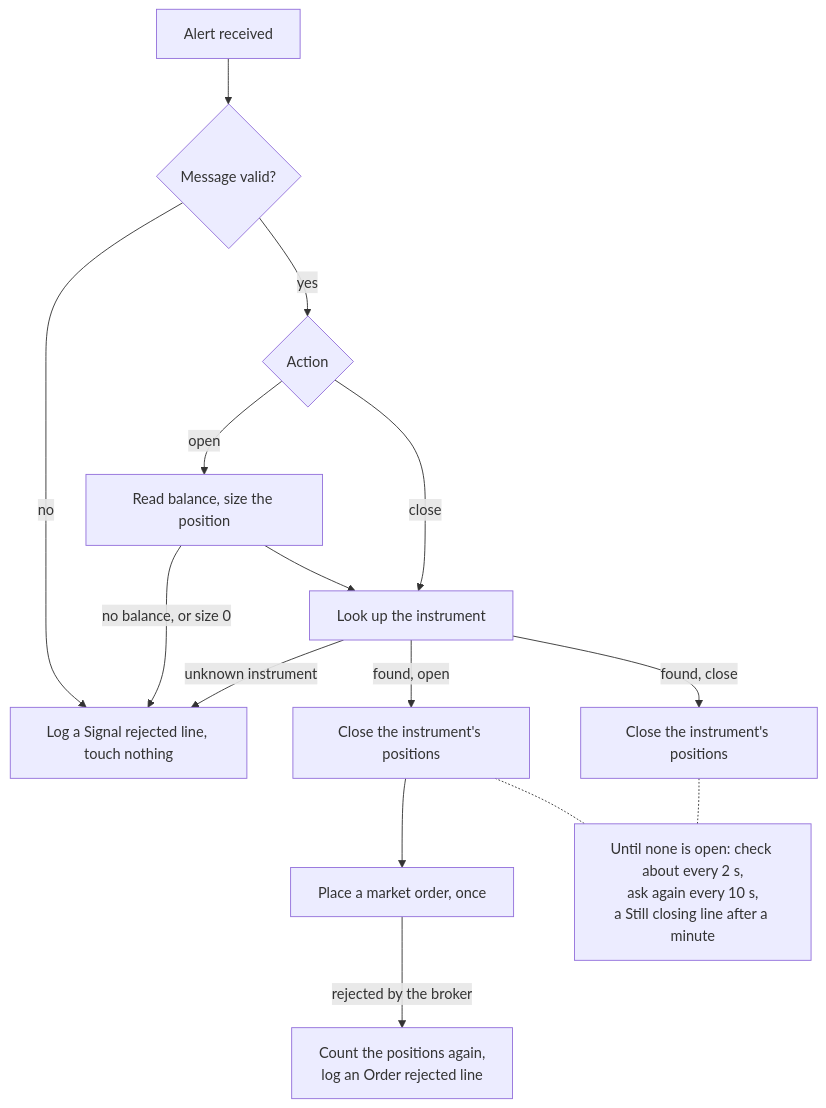
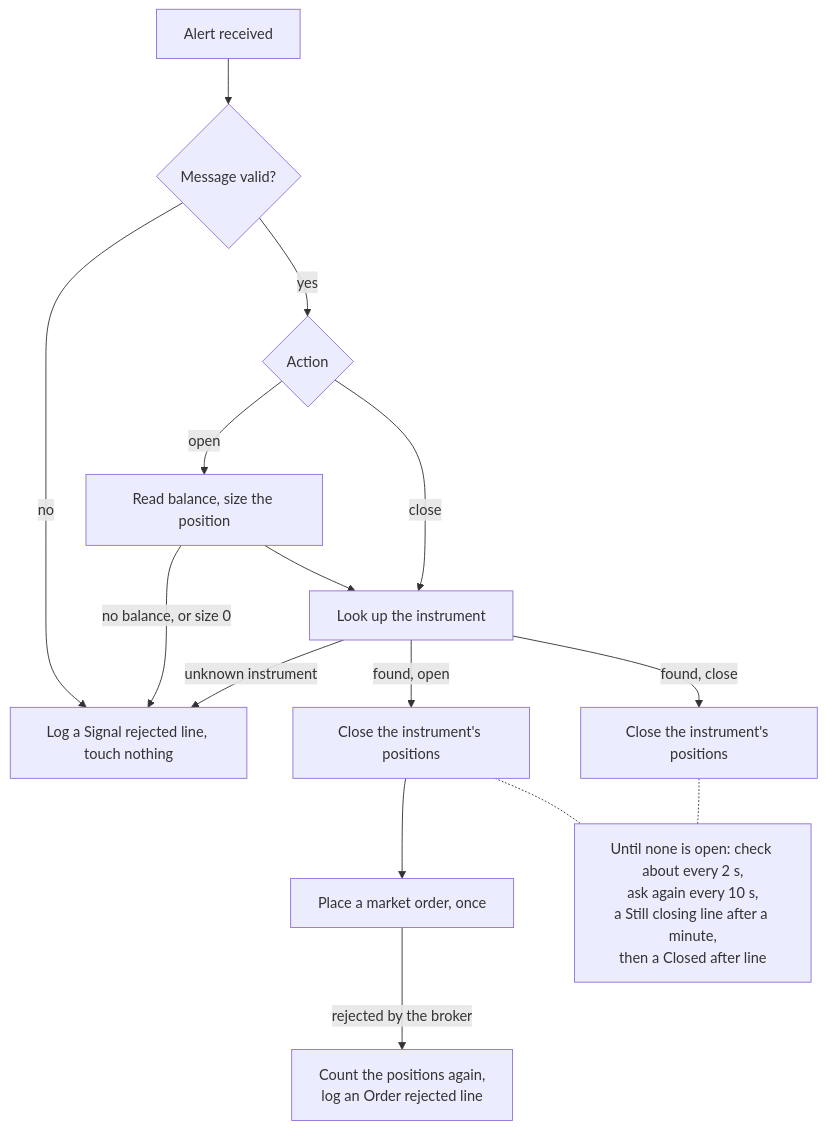
Before and after one commit to Akinzou/TradeLockerBot: the second of 2 diagrams in README.md, drawn with Mermaid. The commit also changed other lines of this file and 5 other files, not shown here.

First line of the commit message:
docs: ADR 0028 for the Closed after line; step 6p done, 6q next

````diff
--- a/README.md
+++ b/README.md
@@ -74,15 +75,15 @@
 ```mermaid
 flowchart TD
     A[Alert received] --> B{Message valid?}
     B -- no --> X["Log a Signal rejected line, touch nothing"]
     B -- yes --> C{Action}
     C -- open --> D[Read balance, size the position]
     D --> E[Look up the instrument]
     C -- close --> E
     D -- "no balance, or size 0" --> X
     E -- unknown instrument --> X
     E -- "found, open" --> F["Close the instrument's positions"] --> G["Place a market order, once"]
     G -- "rejected by the broker" --> R["Count the positions again,<br/>log an Order rejected line"]
     E -- "found, close" --> H["Close the instrument's positions"]
-    F & H -.- W["Until none is open: check about every 2 s,<br/>ask again every 10 s,<br/>a Still closing line after a minute"]
+    F & H -.- W["Until none is open: check about every 2 s,<br/>ask again every 10 s,<br/>a Still closing line after a minute,<br/>then a Closed after line"]
 ```
````
